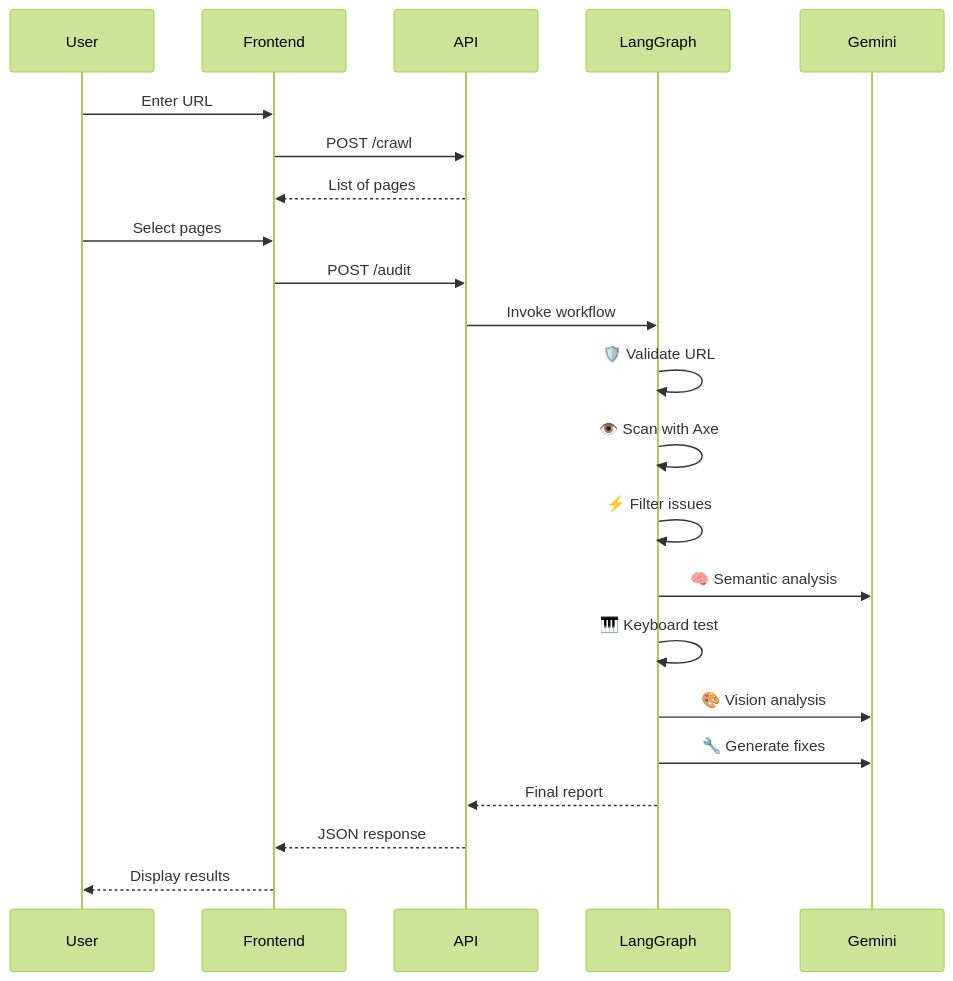
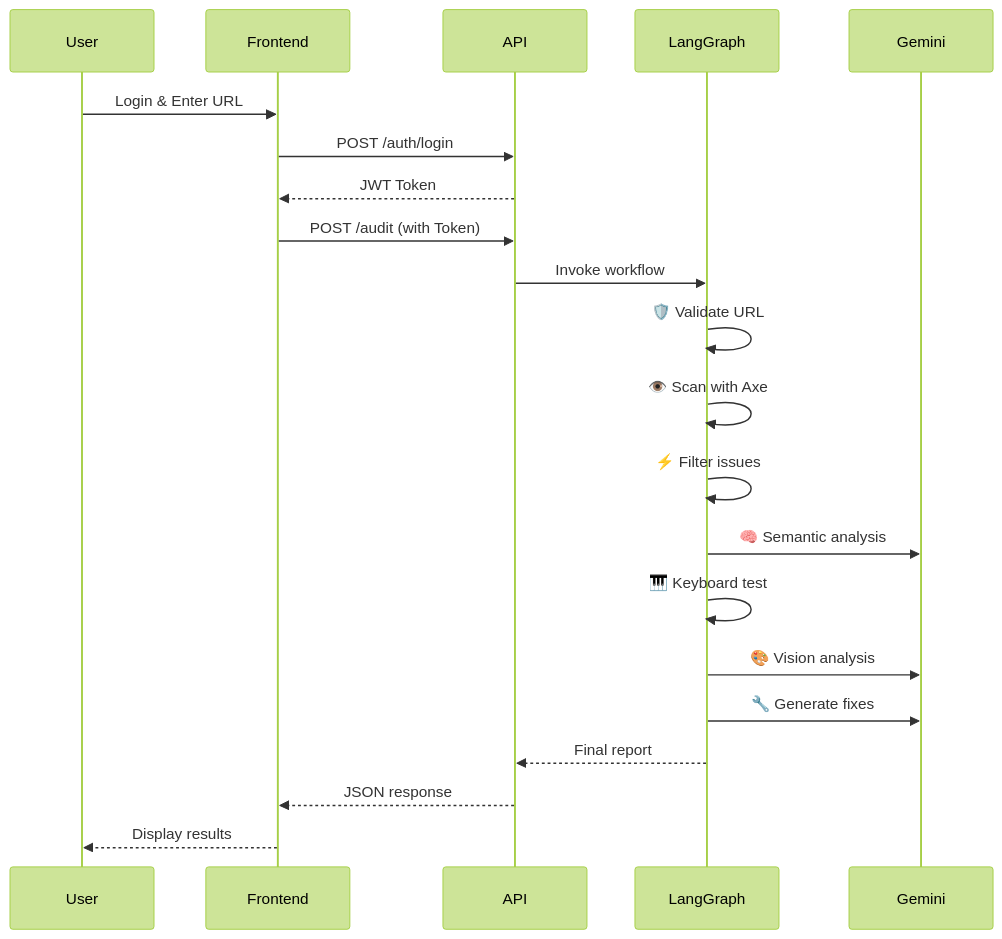
One commit to arjunbhakuninewgen/EmpathAI_auditor changed the second of 2 diagrams in README.md. Above: the diagram before and after it, drawn with Mermaid (forest theme). The commit also changed other lines of this file and 4 other files, not shown here.

Commit message:
feat: Add frontend audit and history pages, Next.js configuration, backend environment file, and update deployment and documentation.

````diff
--- a/README.md
+++ b/README.md
@@ -161,27 +167,26 @@
 ```mermaid
 sequenceDiagram
     participant U as User
     participant F as Frontend
     participant A as API
     participant W as LangGraph
     participant G as Gemini
 
-    U->>F: Enter URL
-    F->>A: POST /crawl
-    A-->>F: List of pages
-    U->>F: Select pages
-    F->>A: POST /audit
+    U->>F: Login & Enter URL
+    F->>A: POST /auth/login
+    A-->>F: JWT Token
+    F->>A: POST /audit (with Token)
     A->>W: Invoke workflow
     
     W->>W: 🛡️ Validate URL
     W->>W: 👁️ Scan with Axe
     W->>W: ⚡ Filter issues
     W->>G: 🧠 Semantic analysis
     W->>W: 🎹 Keyboard test
     W->>G: 🎨 Vision analysis
     W->>G: 🔧 Generate fixes
     
     W-->>A: Final report
     A-->>F: JSON response
     F-->>U: Display results
 ```
````
